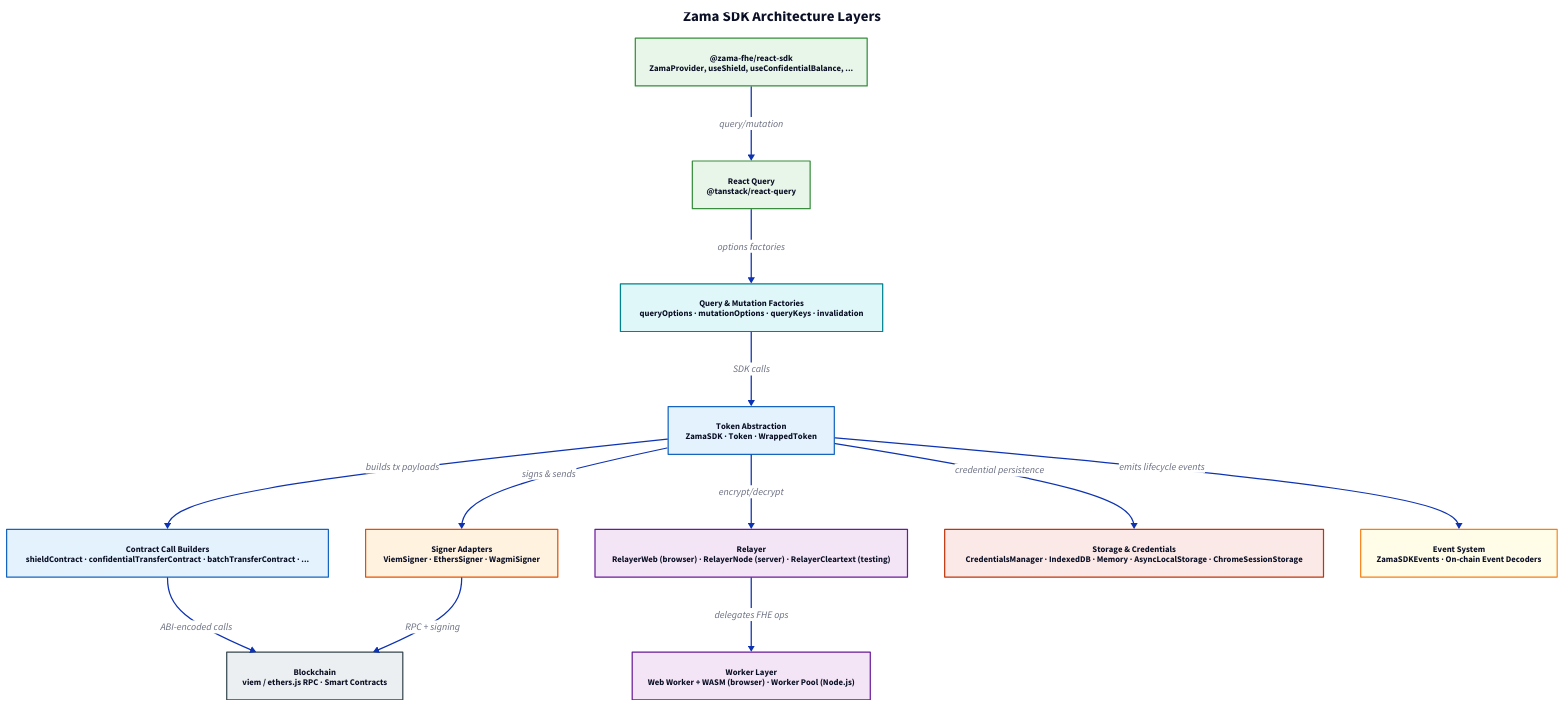
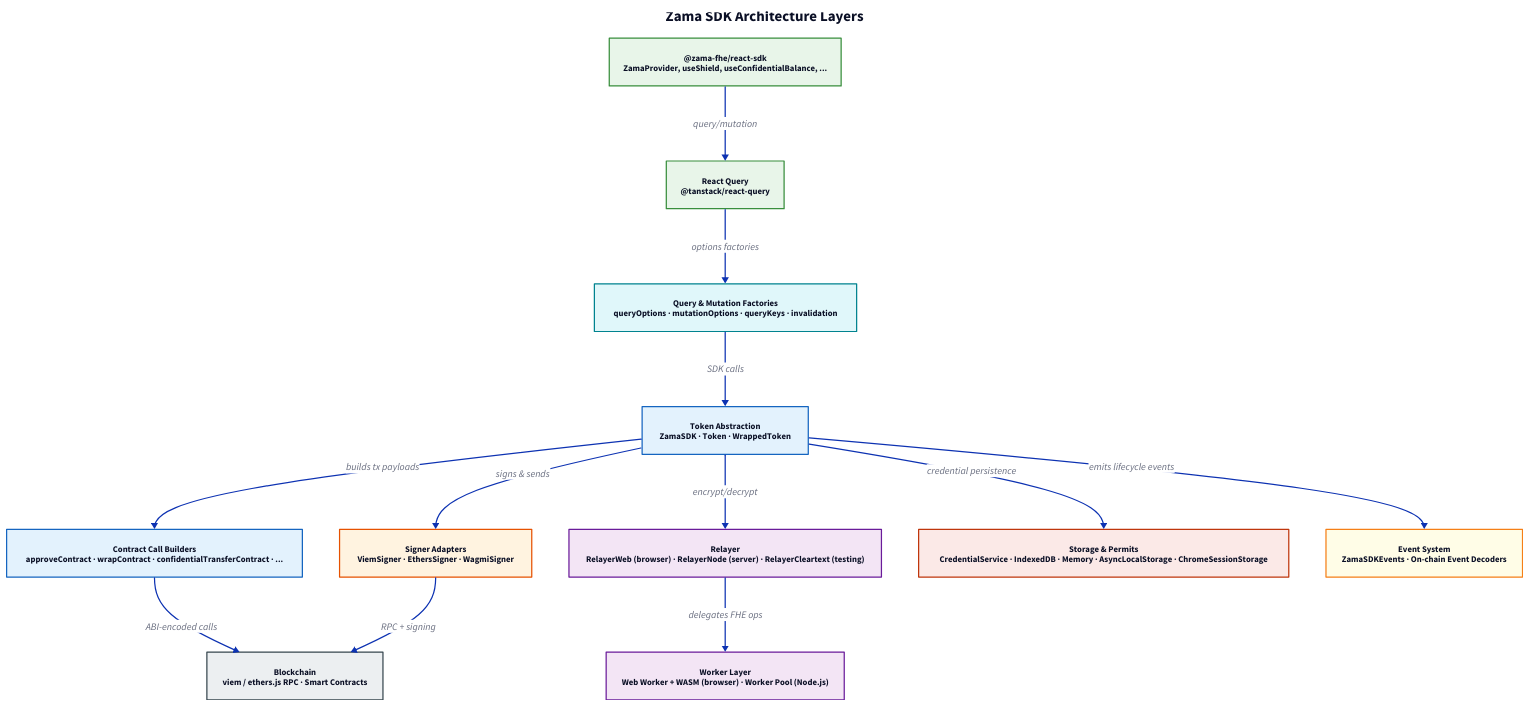
One commit to zama-ai/sdk changed the diagram in docs/diagrams/layers.d2. Above: the diagram before and after it, drawn with D2. The commit also changed 27 other files, not shown here.

```diff
--- a/docs/diagrams/layers.d2
+++ b/docs/diagrams/layers.d2
@@ -1,95 +1,95 @@
 direction: down
 
 title: {
   label: "Zama SDK Architecture Layers"
   near: top-center
   shape: text
   style.font-size: 24
   style.bold: true
 }
 
 # --- UI Layer ---
 react-hooks: "@zama-fhe/react-sdk\nZamaProvider, useShield, useConfidentialBalance, ..." {
   style.fill: "#E8F5E9"
   style.stroke: "#388E3C"
   style.font-size: 14
 }
 
 react-query: "React Query\n@tanstack/react-query" {
   style.fill: "#E8F5E9"
   style.stroke: "#388E3C"
   style.font-size: 14
 }
 
 # --- Query Layer ---
 query: "Query & Mutation Factories\nqueryOptions · mutationOptions · queryKeys · invalidation" {
   style.fill: "#E0F7FA"
   style.stroke: "#00838F"
   style.font-size: 14
 }
 
 # --- Abstraction Layer ---
 token: "Token Abstraction\nZamaSDK · Token · WrappedToken" {
   style.fill: "#E3F2FD"
   style.stroke: "#1565C0"
   style.font-size: 14
 }
 
-contracts: "Contract Call Builders\nshieldContract · confidentialTransferContract · batchTransferContract · ..." {
+contracts: "Contract Call Builders\napproveContract · wrapContract · confidentialTransferContract · ..." {
   style.fill: "#E3F2FD"
   style.stroke: "#1565C0"
   style.font-size: 14
 }
 
 # --- Integration Layer ---
 signers: "Signer Adapters\nViemSigner · EthersSigner · WagmiSigner" {
   style.fill: "#FFF3E0"
   style.stroke: "#E65100"
   style.font-size: 14
 }
 
 # --- Crypto Layer ---
 relayer: "Relayer\nRelayerWeb (browser) · RelayerNode (server) · RelayerCleartext (testing)" {
   style.fill: "#F3E5F5"
   style.stroke: "#6A1B9A"
   style.font-size: 14
 }
 
 worker: "Worker Layer\nWeb Worker + WASM (browser) · Worker Pool (Node.js)" {
   style.fill: "#F3E5F5"
   style.stroke: "#6A1B9A"
   style.font-size: 14
 }
 
 # --- Storage Layer ---
-storage: "Storage & Credentials\nCredentialsManager · IndexedDB · Memory · AsyncLocalStorage · ChromeSessionStorage" {
+storage: "Storage & Permits\nCredentialService · IndexedDB · Memory · AsyncLocalStorage · ChromeSessionStorage" {
   style.fill: "#FBE9E7"
   style.stroke: "#BF360C"
   style.font-size: 14
 }
 
 # --- External ---
 blockchain: "Blockchain\nviem / ethers.js RPC · Smart Contracts" {
   style.fill: "#ECEFF1"
   style.stroke: "#37474F"
   style.font-size: 14
 }
 
 events: "Event System\nZamaSDKEvents · On-chain Event Decoders" {
   style.fill: "#FFFDE7"
   style.stroke: "#F57F17"
   style.font-size: 14
 }
 
 # --- Connections ---
 react-hooks -> react-query: "query/mutation"
 react-query -> query: "options factories"
 query -> token: "SDK calls"
 token -> contracts: "builds tx payloads"
 token -> signers: "signs & sends"
 token -> relayer: "encrypt/decrypt"
 token -> events: "emits lifecycle events"
 contracts -> blockchain: "ABI-encoded calls"
 signers -> blockchain: "RPC + signing"
 relayer -> worker: "delegates FHE ops"
 token -> storage: "credential persistence"
```
